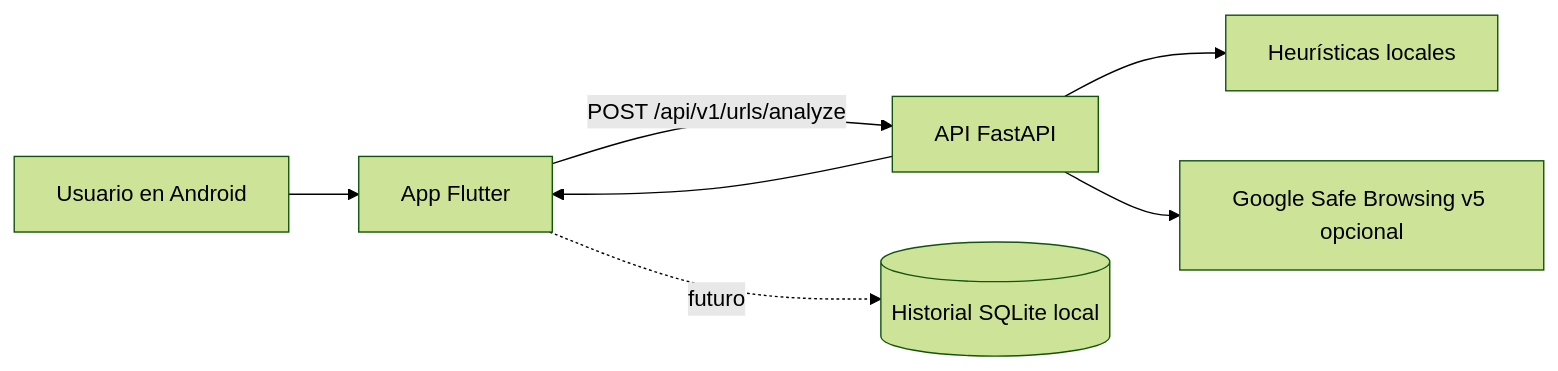
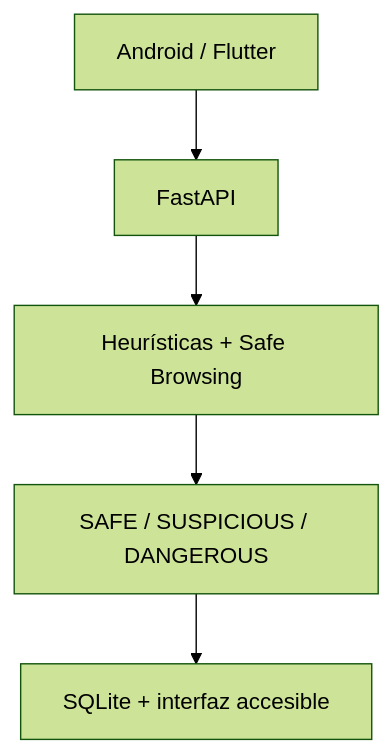
The diagram in README.md (SebPy00/ProtegeLink), drawn with Mermaid (forest theme) before and after one commit. The commit also changed other lines of this file and 40 other files, not shown here.

````diff
--- a/README.md
+++ b/README.md
@@ -21,9 +21,7 @@
 ```mermaid
-flowchart LR
-    U[Usuario en Android] --> F[App Flutter]
-    F -->|POST /api/v1/urls/analyze| A[API FastAPI]
-    A --> H[Heurísticas locales]
-    A --> S[Google Safe Browsing v5 opcional]
-    A --> F
-    F -. futuro .-> L[(Historial SQLite local)]
+flowchart TD
+    A[Android / Flutter] --> B[FastAPI]
+    B --> C[Heurísticas + Safe Browsing]
+    C --> D[SAFE / SUSPICIOUS / DANGEROUS]
+    D --> E[SQLite + interfaz accesible]
 ```
````
